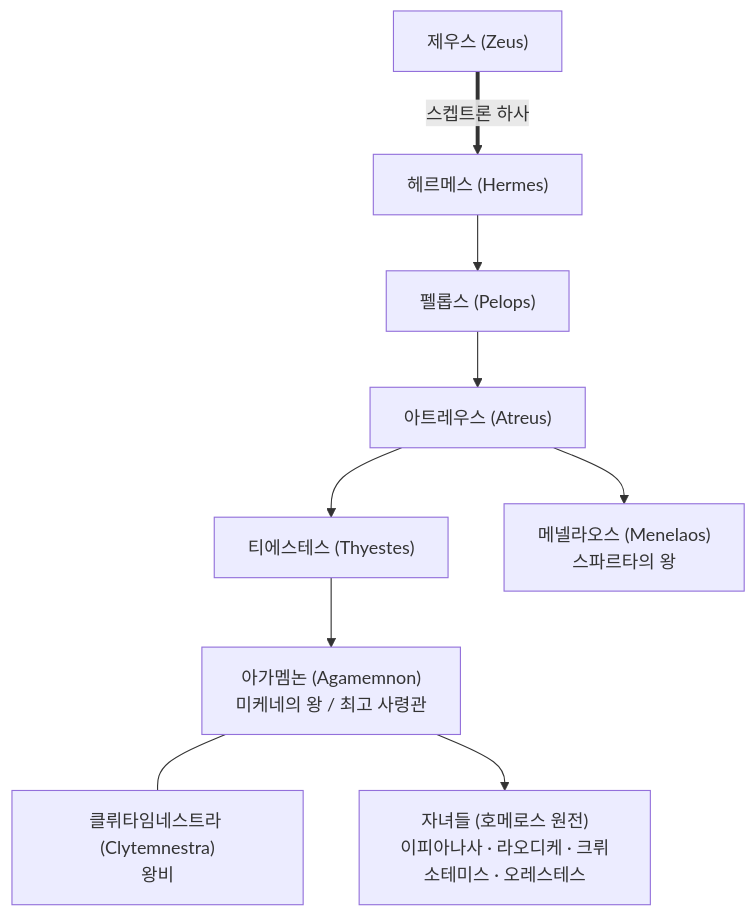
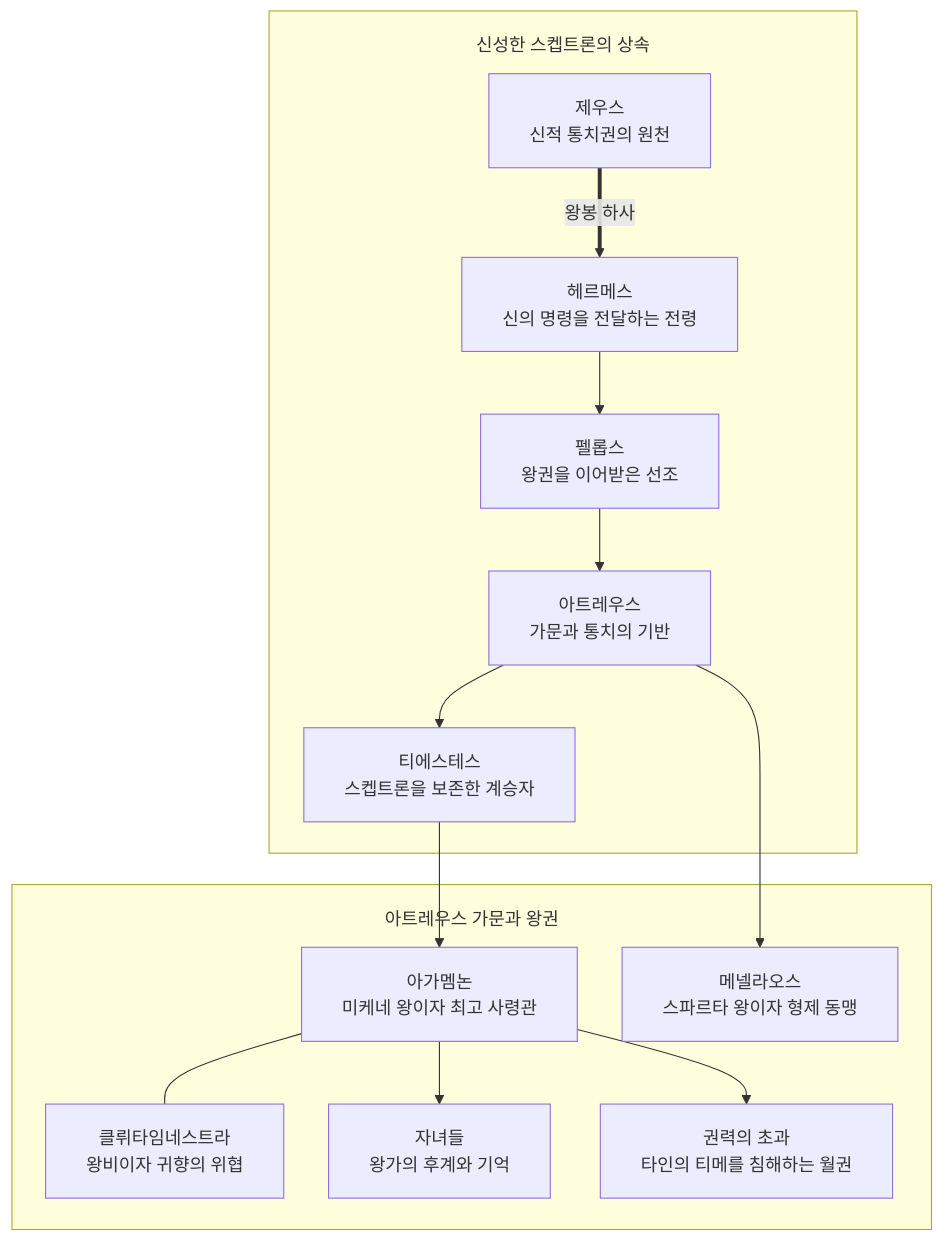
One commit to YgHnSIM/Homer_wiki changed the first of 3 diagrams in wiki/entities/entity-agamemnon.md. Above: the diagram before and after it, drawn with Mermaid. The commit also changed other lines of this file and 6 other files, not shown here.

Commit message:
refactor(entities): entity Mermaid 신규격 일괄 적용

````diff
--- a/wiki/entities/entity-agamemnon.md
+++ b/wiki/entities/entity-agamemnon.md
@@ -163,11 +164,18 @@
 ```mermaid
-flowchart TB
-    Zeus["제우스 (Zeus)"] ==>|스켑트론 하사| Her["헤르메스 (Hermes)"]
-    Her --> Pel["펠롭스 (Pelops)"]
-    Pel --> Atr["아트레우스 (Atreus)"]
-    Atr --> Thy["티에스테스 (Thyestes)"]
-    Thy --> Aga["아가멤논 (Agamemnon)<br/>미케네의 왕 / 최고 사령관"]
-    Atr --> Men["메넬라오스 (Menelaos)<br/>스파르타의 왕"]
-    Aga --- Cly["클뤼타임네스트라 (Clytemnestra)<br/>왕비"]
-    Aga --> Chi["자녀들 (호메로스 원전)<br/>이피아나사 · 라오디케 · 크뤼소테미스 · 오레스테스"]
+%%{init: {'flowchart': {'useMaxWidth': true, 'nodeSpacing': 40, 'rankSpacing': 56, 'padding': 18, 'subGraphTitleMargin': {'top': 18, 'bottom': 10}}}}%%
+flowchart TD
+    subgraph Scepter["신성한 스켑트론의 상속"]
+        Zeus["제우스<br/>신적 통치권의 원천"] ==>|왕봉 하사| Hermes["헤르메스<br/>신의 명령을 전달하는 전령"]
+        Hermes --> Pelops["펠롭스<br/>왕권을 이어받은 선조"]
+        Pelops --> Atreus["아트레우스<br/>가문과 통치의 기반"]
+        Atreus --> Thyestes["티에스테스<br/>스켑트론을 보존한 계승자"]
+    end
+
+    subgraph House["아트레우스 가문과 왕권"]
+        Thyestes --> Aga["아가멤논<br/>미케네 왕이자 최고 사령관"]:::focus
+        Atreus --> Menelaos["메넬라오스<br/>스파르타 왕이자 형제 동맹"]
+        Aga --- Cly["클뤼타임네스트라<br/>왕비이자 귀향의 위협"]
+        Aga --> Children["자녀들<br/>왕가의 후계와 기억"]
+        Aga --> Overreach["권력의 초과<br/>타인의 티메를 침해하는 월권"]:::crisis
+    end
 ```
````
